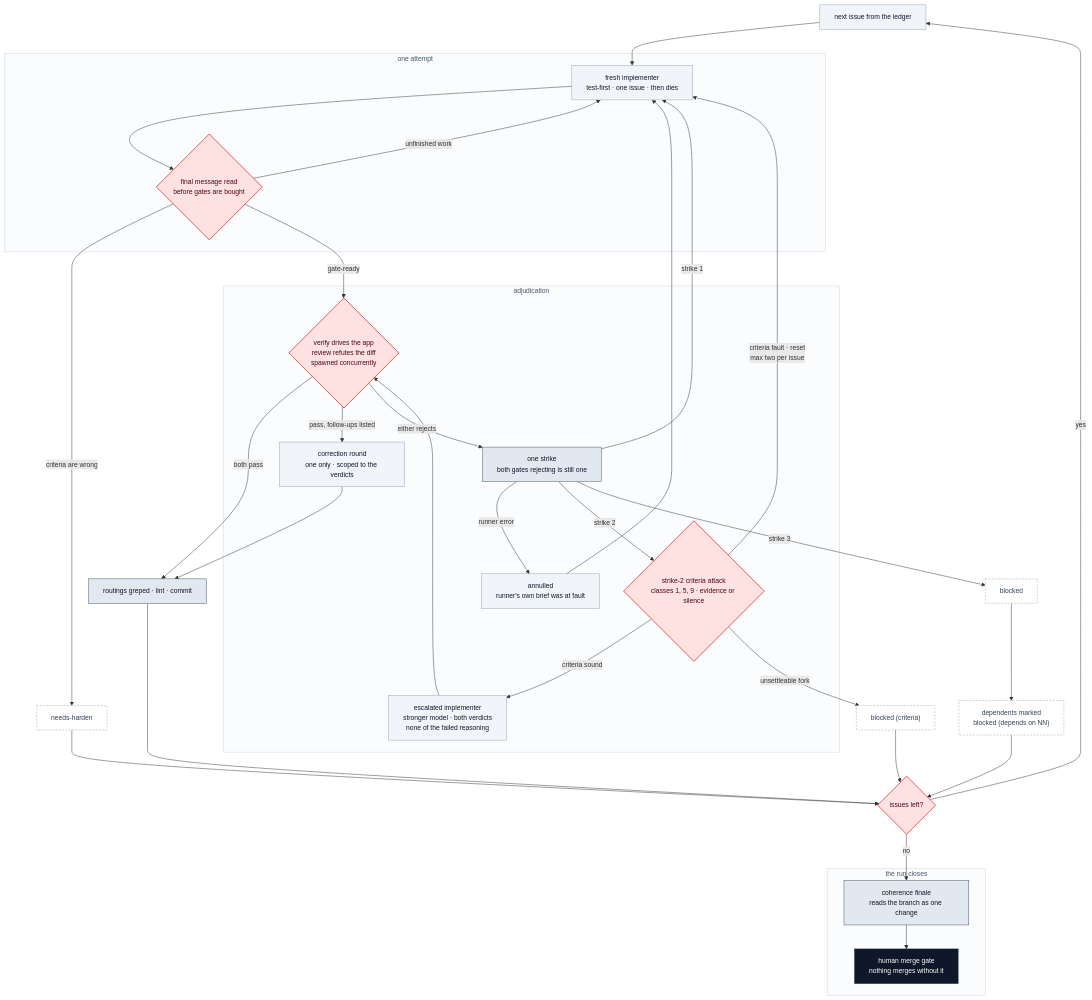
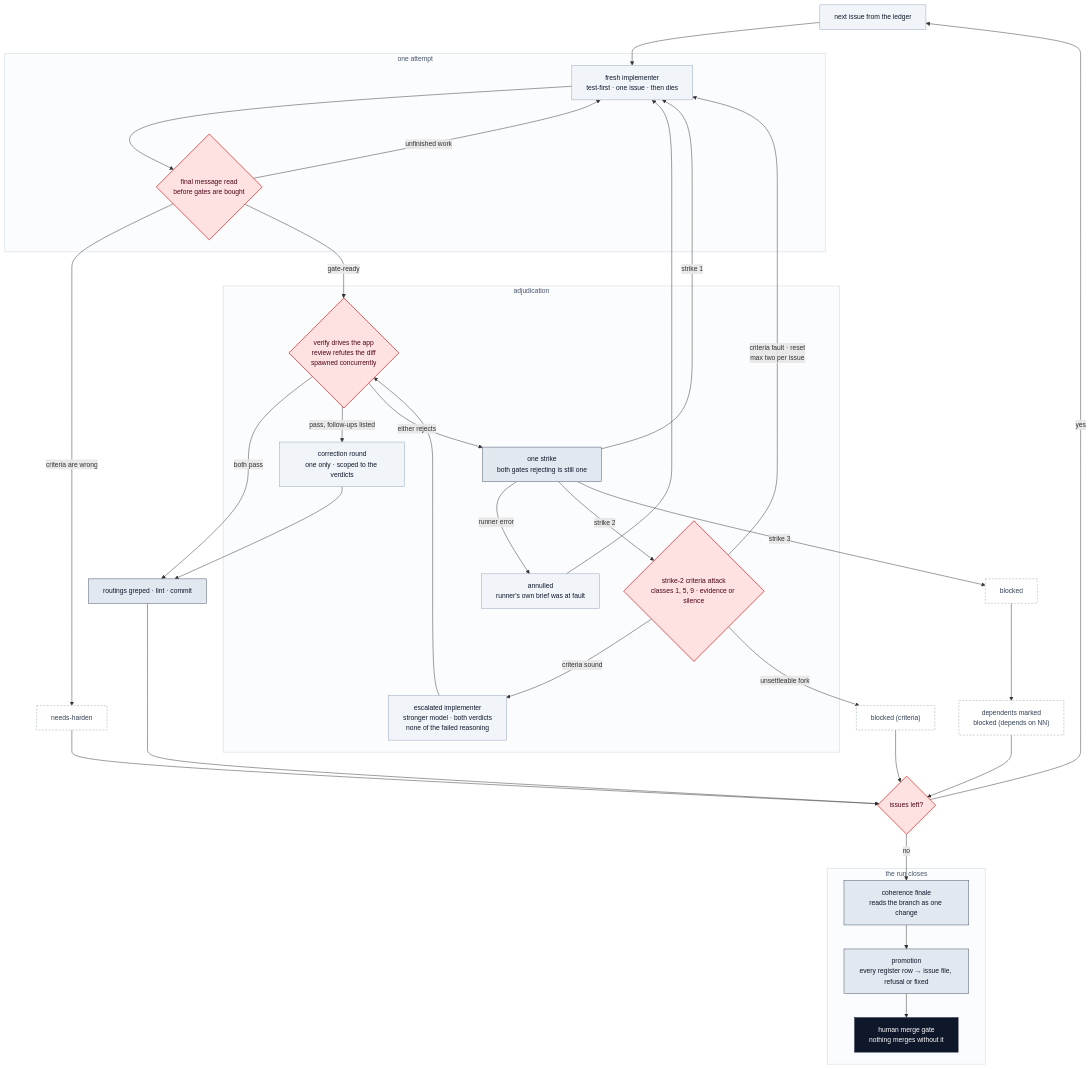
One commit to roufmlp/agent-skills changed the second of 3 diagrams in README.md. Above: the diagram before and after it, drawn with Mermaid. The commit also changed other lines of this file and 20 other files, not shown here.

````diff
--- a/README.md
+++ b/README.md
@@ -77,76 +77,78 @@
 ```mermaid
 %%{init: {"flowchart": {"curve": "basis"}, "themeVariables": {"fontSize": "14px"}}}%%
 flowchart TD
     N["next issue from the ledger"]
 
     subgraph ATT ["one attempt"]
         IMP["fresh implementer<br/>test-first · one issue · then dies"]
         FM{"final message read<br/>before gates are bought"}
     end
 
     subgraph ADJ ["adjudication"]
         G{"verify drives the app<br/>review refutes the diff<br/>spawned concurrently"}
         CORR["correction round<br/>one only · scoped to the verdicts"]
         STR["one strike<br/>both gates rejecting is still one"]
         ANN["annulled<br/>runner's own brief was at fault"]
         RC{"strike-2 criteria attack<br/>classes 1, 5, 9 · evidence or silence"}
         ESC["escalated implementer<br/>stronger model · both verdicts<br/>none of the failed reasoning"]
     end
 
     RT["routings greped · lint · commit"]
     NH["needs-harden"]
     B["blocked"]
     BC["blocked (criteria)"]
     DEP["dependents marked<br/>blocked (depends on NN)"]
     MORE{"issues left?"}
 
     subgraph CLOSE ["the run closes"]
         FIN["coherence finale<br/>reads the branch as one change"]
+        PROM["promotion<br/>every register row → issue file, refusal or fixed"]
         H["human merge gate<br/>nothing merges without it"]
     end
 
     N --> IMP
     IMP --> FM
     FM -->|"unfinished work"| IMP
     FM -->|"criteria are wrong"| NH
     FM -->|"gate-ready"| G
 
     G -->|"both pass"| RT
     G -->|"pass, follow-ups listed"| CORR
     CORR --> RT
     G -->|"either rejects"| STR
 
     STR -->|"runner error"| ANN
     ANN --> IMP
     STR -->|"strike 1"| IMP
     STR -->|"strike 2"| RC
     STR -->|"strike 3"| B
 
     RC -->|"criteria fault · reset<br/>max two per issue"| IMP
     RC -->|"criteria sound"| ESC
     RC -->|"unsettleable fork"| BC
     ESC --> G
 
     B --> DEP
     RT --> MORE
     DEP --> MORE
     BC --> MORE
     NH --> MORE
     MORE -->|yes| N
     MORE -->|no| FIN
-    FIN --> H
+    FIN --> PROM
+    PROM --> H
 
     classDef step fill:#F1F5F9,stroke:#94A3B8,stroke-width:1px,color:#0F172A
     classDef keep fill:#E2E8F0,stroke:#475569,stroke-width:1px,color:#0F172A
     classDef gate fill:#FEE2E2,stroke:#DC2626,stroke-width:1.5px,color:#4C0519
     classDef stop fill:#FFFFFF,stroke:#94A3B8,stroke-width:1px,stroke-dasharray:4 3,color:#334155
     classDef human fill:#0F172A,stroke:#0F172A,stroke-width:1px,color:#FFFFFF
     class N,IMP,ESC,CORR,ANN step
     class FM,G,RC,MORE gate
-    class RT,STR,FIN keep
+    class RT,STR,FIN,PROM keep
     class NH,B,BC,DEP stop
     class H human
     style ATT fill:#FBFCFD,stroke:#CBD5E1,color:#475569
     style ADJ fill:#FBFCFD,stroke:#CBD5E1,color:#475569
     style CLOSE fill:#FBFCFD,stroke:#CBD5E1,color:#475569
 ```
````
